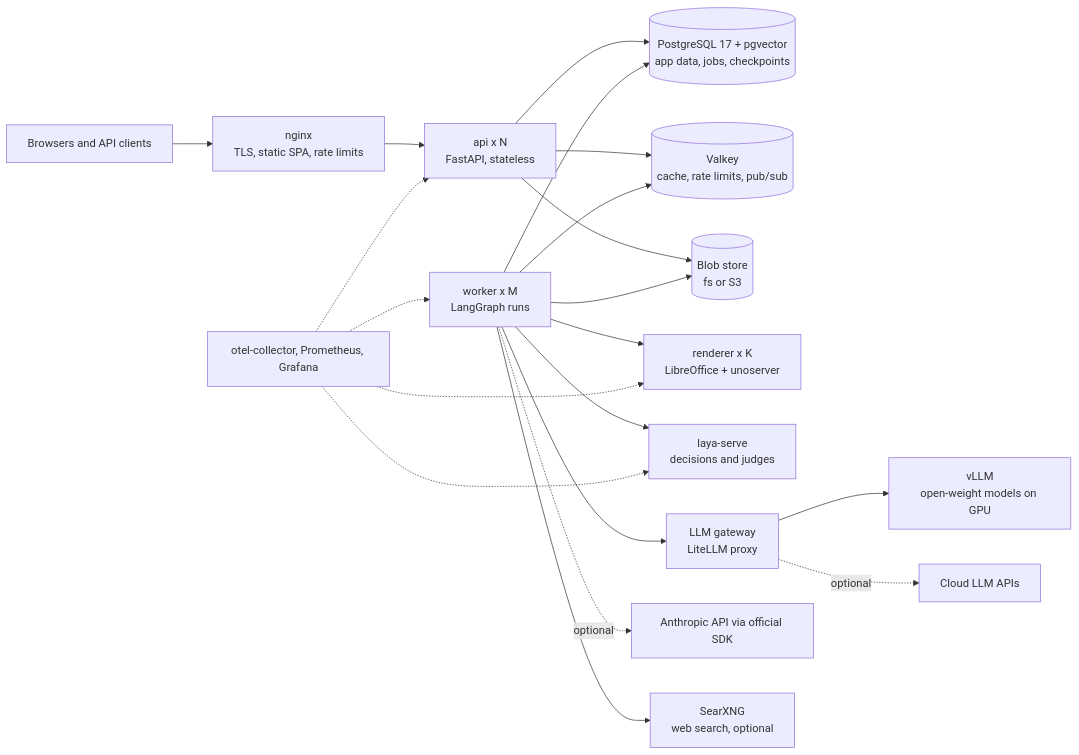
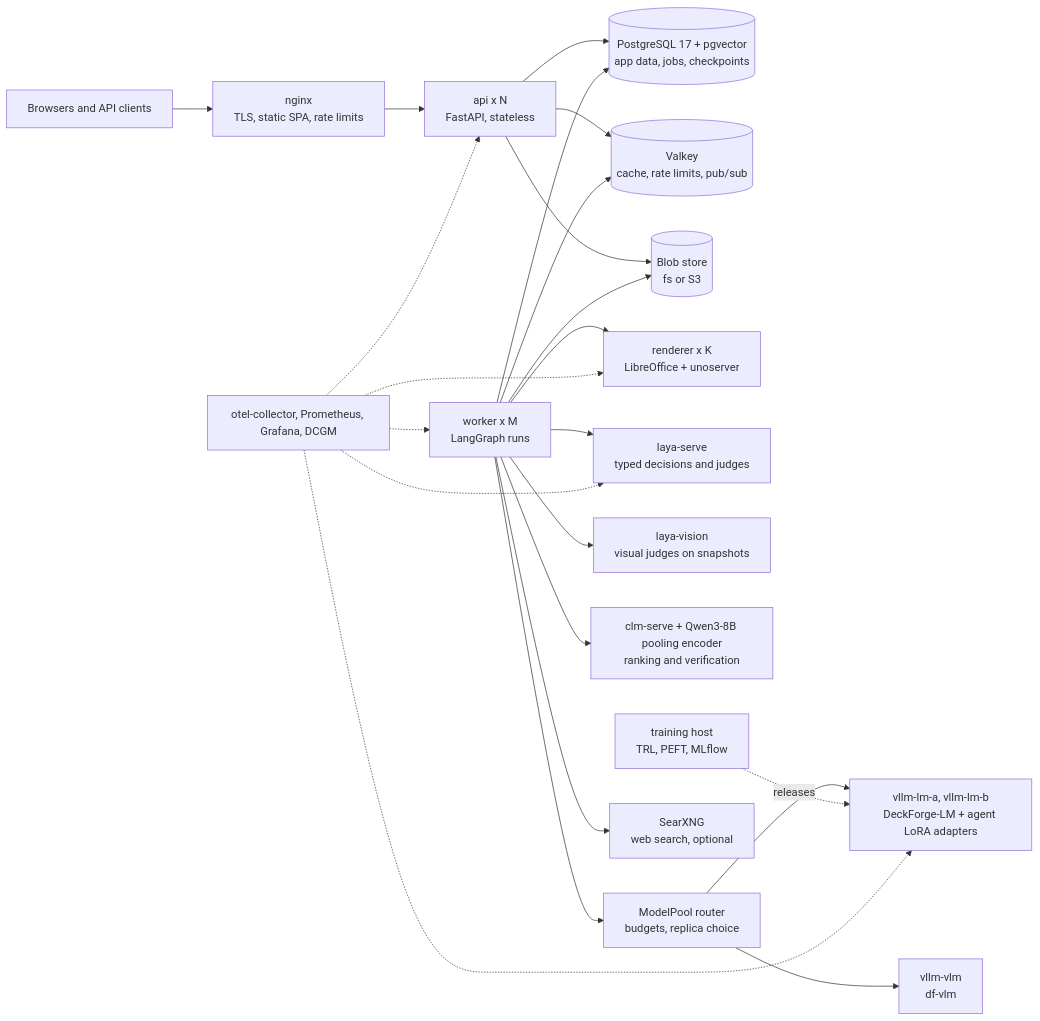
One commit to biswajoy-iitgn/presentation_maker changed the second of 3 diagrams in docs/build/01_architecture.md. Above: the diagram before and after it, drawn with Mermaid. The commit also changed other lines of this file and 27 other files, not shown here.

First line of the commit message:
Extend build plan: open model training, agents, protocol, KB, inspector

````diff
--- a/docs/build/01_architecture.md
+++ b/docs/build/01_architecture.md
@@ -45,19 +44,21 @@
 ```mermaid
 flowchart LR
   U[Browsers and API clients] --> N[nginx<br/>TLS, static SPA, rate limits]
   N --> A[api x N<br/>FastAPI, stateless]
   A --> PG[(PostgreSQL 17 + pgvector<br/>app data, jobs, checkpoints)]
   A --> V[(Valkey<br/>cache, rate limits, pub/sub)]
   A --> BS[(Blob store<br/>fs or S3)]
   W[worker x M<br/>LangGraph runs] --> PG
   W --> V
   W --> BS
   W --> R[renderer x K<br/>LibreOffice + unoserver]
-  W --> Y[laya-serve<br/>decisions and judges]
-  W --> G[LLM gateway<br/>LiteLLM proxy]
-  G --> VL[vLLM<br/>open-weight models on GPU]
-  G -. optional .-> CL[Cloud LLM APIs]
-  W -. optional .-> AN[Anthropic API via official SDK]
+  W --> Y[laya-serve<br/>typed decisions and judges]
+  W --> LV[laya-vision<br/>visual judges on snapshots]
+  W --> CLM[clm-serve + Qwen3-8B pooling encoder<br/>ranking and verification]
+  W --> MP[ModelPool router<br/>budgets, replica choice]
+  MP --> VL[vllm-lm-a, vllm-lm-b<br/>DeckForge-LM + agent LoRA adapters]
+  MP --> VV[vllm-vlm<br/>df-vlm]
   W --> SX[SearXNG<br/>web search, optional]
-  OT[otel-collector, Prometheus, Grafana] -.-> A & W & R & Y
+  TR[training host<br/>TRL, PEFT, MLflow] -. releases .-> VL
+  OT[otel-collector, Prometheus, Grafana, DCGM] -.-> A & W & R & Y & VL
 ```
````
